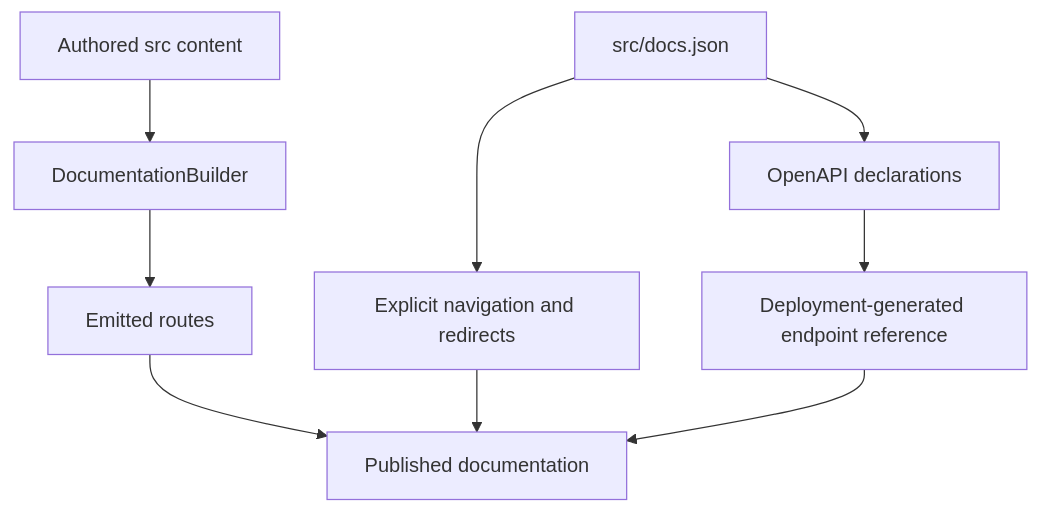
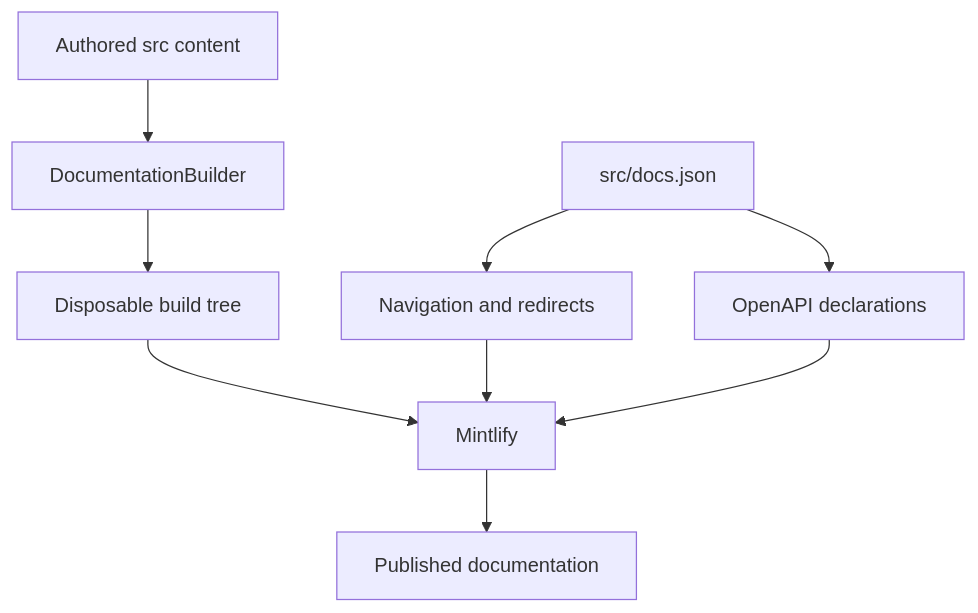
One commit to langchain-ai/docs changed the diagram in openwiki/architecture/source-map.md. Above: the diagram before and after it, drawn with Mermaid. The commit also changed other lines of this file and 37 other files, not shown here.

````diff
--- a/openwiki/architecture/source-map.md
+++ b/openwiki/architecture/source-map.md
@@ -80,11 +48,11 @@
 ```mermaid
 flowchart TD
     Source["Authored src content"] --> Builder["DocumentationBuilder"]
-    Builder --> Routes["Emitted routes"]
-    Config["src/docs.json"] --> Navigation["Explicit navigation and redirects"]
-    Config --> Specs["OpenAPI declarations"]
-    Specs --> Reference["Deployment-generated endpoint reference"]
-    Routes --> Published["Published documentation"]
-    Navigation --> Published
-    Reference --> Published
+    Builder --> Build["Disposable build tree"]
+    Config["src/docs.json"] --> Nav["Navigation and redirects"]
+    Config --> Api["OpenAPI declarations"]
+    Build --> Mint["Mintlify"]
+    Nav --> Mint
+    Api --> Mint
+    Mint --> Site["Published documentation"]
 ```
````
